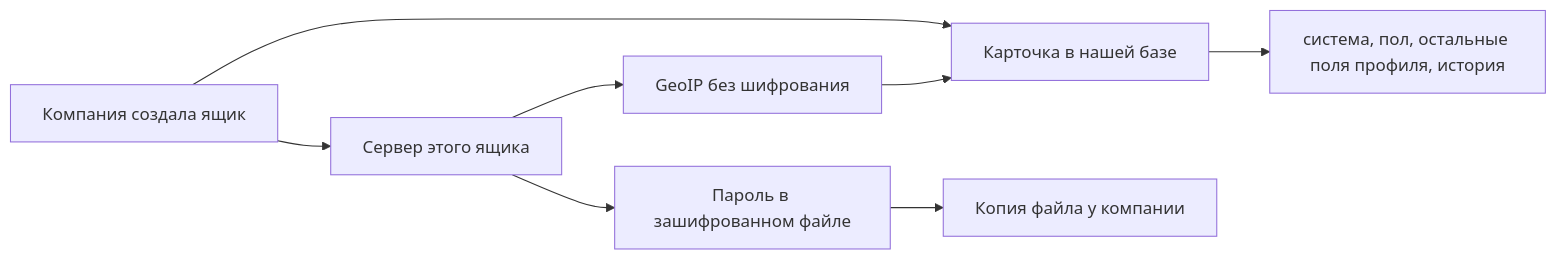
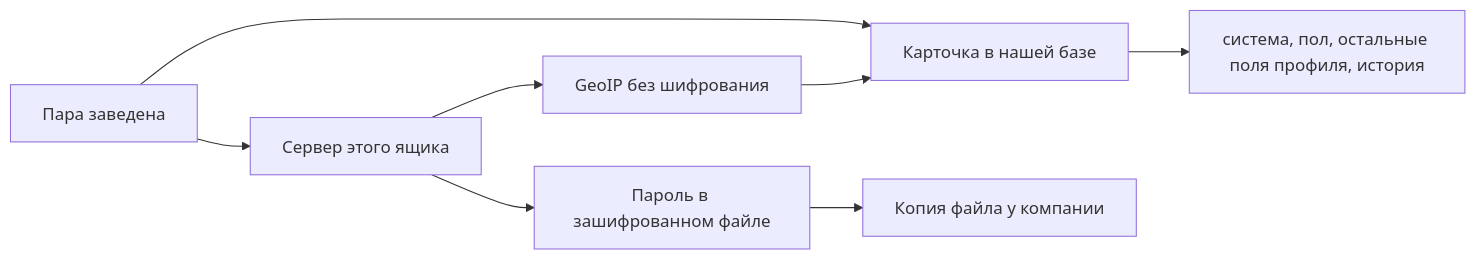
One commit to dnsbutylin/virtual-managers changed the diagram in docs/VISION.md. Above: the diagram before and after it, drawn with Mermaid. The commit also changed other lines of this file, not shown here.

````diff
--- a/docs/VISION.md
+++ b/docs/VISION.md
@@ -94,10 +94,10 @@
 ```mermaid
 flowchart LR
-  company[Компания создала ящик] --> card[Карточка в нашей базе]
-  company --> cell[Сервер этого ящика]
+  created[Пара заведена] --> card[Карточка в нашей базе]
+  created --> cell[Сервер этого ящика]
   card --> profile["система, пол, остальные поля профиля, история"]
   cell --> secret[Пароль в зашифрованном файле]
   cell --> geo[GeoIP без шифрования]
   geo --> card
   secret --> copy[Копия файла у компании]
 ```
````
